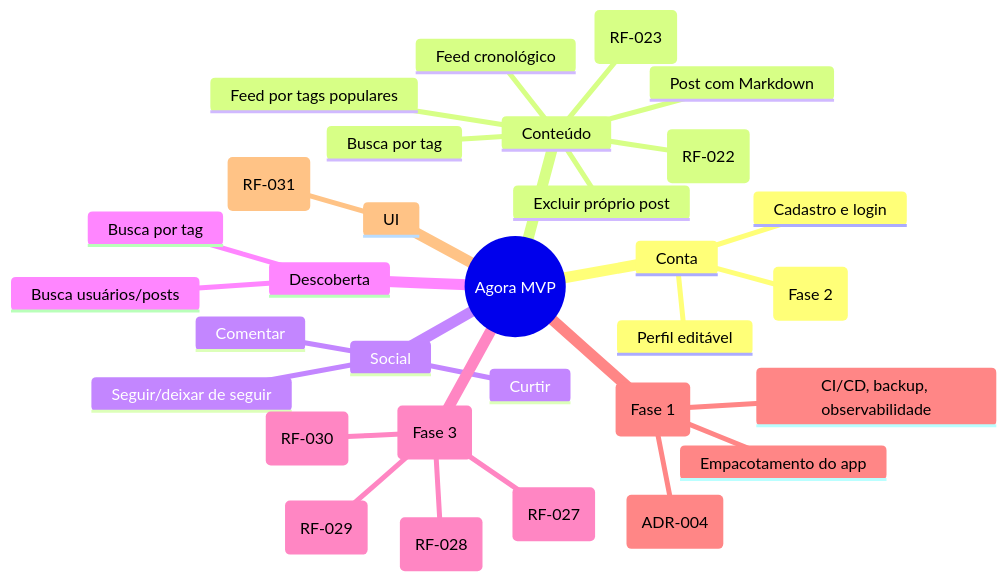
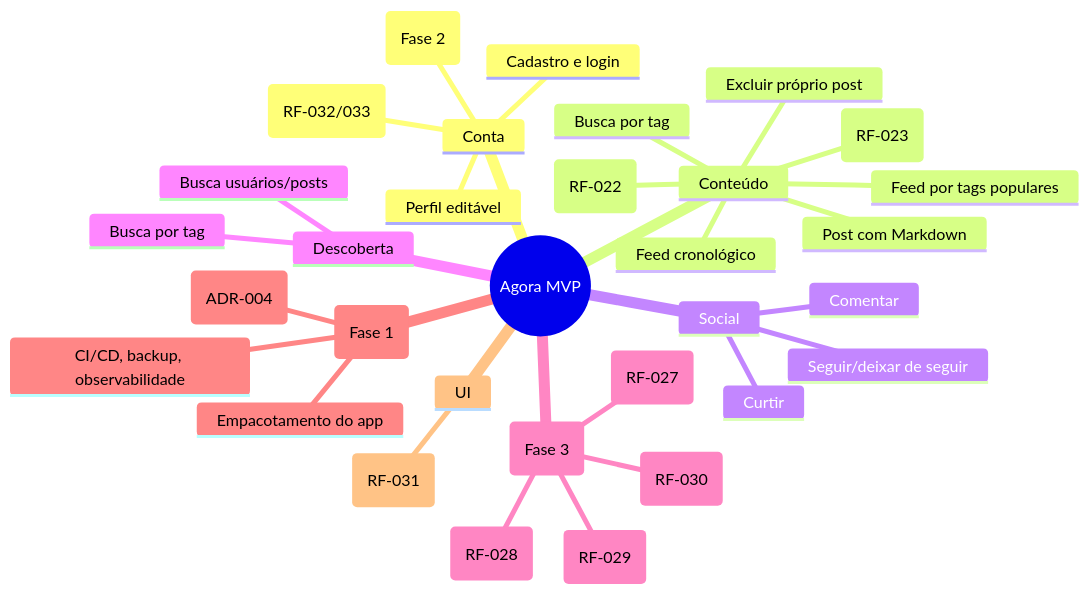
One commit to Agora-s-Space/Social.Agora changed the diagram in Agora.Docs/01 Requisitos/Visão do Produto.md. Above: the diagram before and after it, drawn with Mermaid. The commit also changed other lines of this file and 28 other files, not shown here.

````diff
--- a/Agora.Docs/01 Requisitos/Visão do Produto.md
+++ b/Agora.Docs/01 Requisitos/Visão do Produto.md
@@ -29,34 +38,35 @@
 ```mermaid
 mindmap
   root((Agora MVP))
     Conta
       Cadastro e login
       OAuth GitHub (Fase 2)
       Perfil editável
+      Exclusão/exportação de dados (RF-032/033)
     Conteúdo
       Post com Markdown
       Syntax highlighting (RF-022)
       Tags de conteúdo (RF-023)
       Excluir próprio post
       Feed cronológico
       Feed por tags populares
       Busca por tag
     Social
       Seguir/deixar de seguir
       Curtir
       Comentar
     Descoberta
       Busca usuários/posts
       Busca por tag
     Geek (Fase 3)
       Biblioteca de livros (RF-027)
       Repos GitHub (RF-028)
       Jogos jogados (RF-029)
       Mesas e campanhas RPG (RF-030)
     Infra/Entrega (Fase 1)
       Ambientes dev/staging/prod (ADR-004)
       CI/CD, backup, observabilidade
       Empacotamento do app
     UI
       Splash animado com logo (RF-031)
 ```
````
